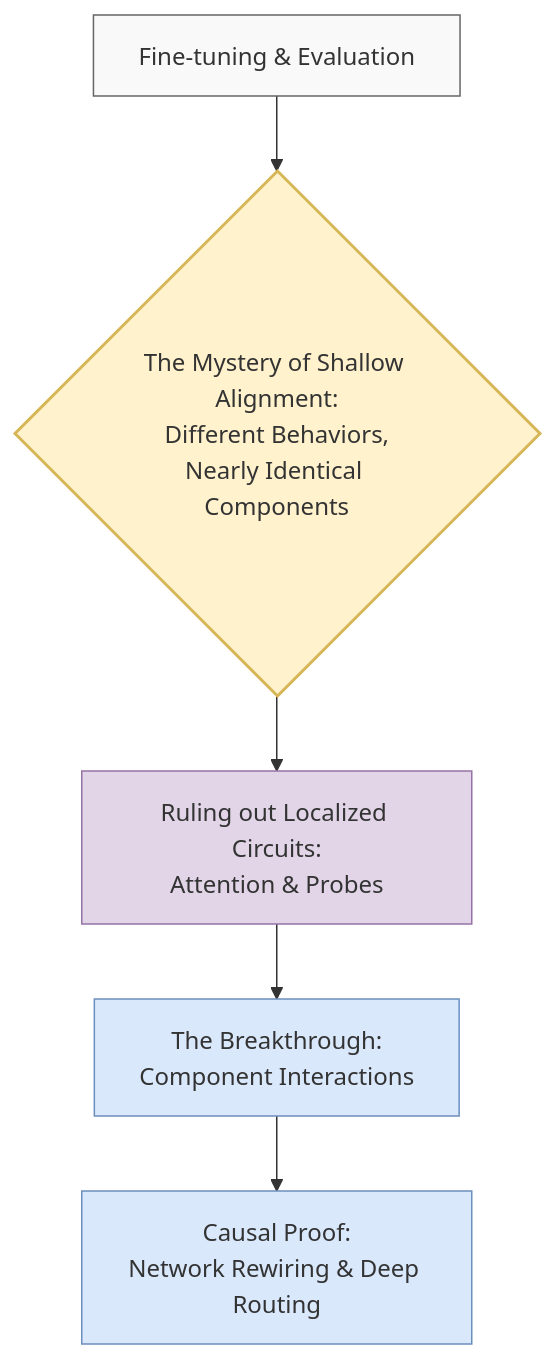
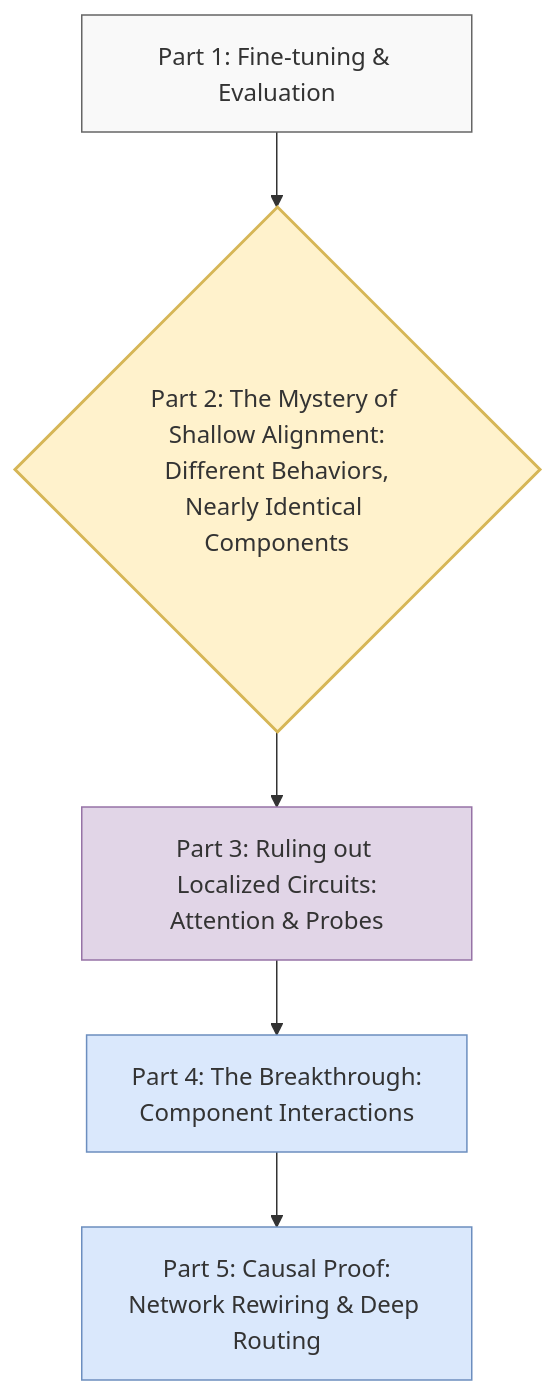
The first of 5 diagrams in WRITE_UP.md (tylercrosse/LLM_morality), drawn with Mermaid before and after one commit. The commit also changed other lines of this file and 1 other file, not shown here.

````diff
--- a/WRITE_UP.md
+++ b/WRITE_UP.md
@@ -44,18 +42,18 @@
 ```mermaid
 graph TD
     classDef setup fill:#f9f9f9,stroke:#666,stroke-width:1px;
     classDef feature fill:#fff2cc,stroke:#d6b656,stroke-width:2px;
     classDef test fill:#e1d5e7,stroke:#9673a6,stroke-width:1px;
     classDef causal fill:#dae8fc,stroke:#6c8ebf,stroke-width:1px;
 
     %% High-level narrative arc
-    FT[Fine-tuning & Evaluation] --> Mystery{The Mystery of Shallow Alignment:<br>Different Behaviors,<br>Nearly Identical Components}
-    Mystery --> Tests[Ruling out Localized Circuits:<br>Attention & Probes]
-    Tests --> Breakthrough[The Breakthrough:<br>Component Interactions]
-    Breakthrough --> Mech[Causal Proof:<br>Network Rewiring & Deep Routing]
+    FT[Part 1: Fine-tuning & Evaluation] --> Mystery{Part 2: The Mystery of Shallow Alignment:<br>Different Behaviors,<br>Nearly Identical Components}
+    Mystery --> Tests[Part 3: Ruling out Localized Circuits:<br>Attention & Probes]
+    Tests --> Breakthrough[Part 4: The Breakthrough:<br>Component Interactions]
+    Breakthrough --> Mech[Part 5: Causal Proof:<br>Network Rewiring & Deep Routing]
 
     class FT setup;
     class Mystery feature;
     class Tests test;
     class Breakthrough,Mech causal;
 ```
````
